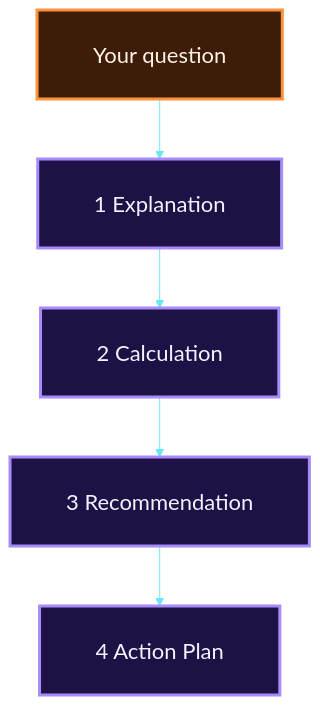
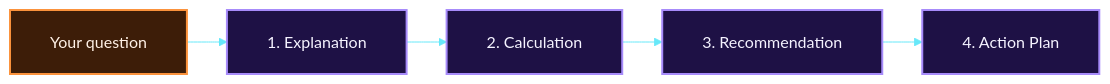
Before and after one commit to Mansi232323/MANSHORA: the tenth of 13 diagrams in README.md, drawn with Mermaid. The commit also changed other lines of this file, not shown here.

````diff
--- a/README.md
+++ b/README.md
@@ -375,9 +362,9 @@
 ```mermaid
-%%{init: {'theme':'base','themeVariables':{'fontSize':'22px','fontFamily':'Arial, Helvetica, sans-serif','lineColor':'#67e8f9','clusterBkg':'#0f0f2b','clusterBorder':'#a78bfa','titleColor':'#e9d5ff','edgeLabelBackground':'#0f0f2b'},'flowchart':{'nodeSpacing':45,'rankSpacing':60,'padding':28,'htmlLabels':false,'useMaxWidth':true}}}%%
-flowchart TB
-    Q["Your question"] --> E["1 Explanation"] --> C["2 Calculation"] --> R["3 Recommendation"] --> A["4 Action Plan"]
-    classDef a fill:#1e1145,stroke:#a78bfa,stroke-width:3px,color:#f5f3ff
-    classDef q fill:#3d1d08,stroke:#fb923c,stroke-width:3px,color:#fff1e6
+%%{init: {'theme':'base','themeVariables':{'fontSize':'16px','fontFamily':'Arial, Helvetica, sans-serif','lineColor':'#67e8f9'},'flowchart':{'htmlLabels':true,'nodeSpacing':30,'rankSpacing':40,'padding':20,'wrappingWidth':260}}}%%
+flowchart LR
+    Q["Your question"] --> E["1. Explanation"] --> C["2. Calculation"] --> R["3. Recommendation"] --> A["4. Action Plan"]
+    classDef a fill:#1e1145,stroke:#a78bfa,stroke-width:2px,color:#f5f3ff
+    classDef q fill:#3d1d08,stroke:#fb923c,stroke-width:2px,color:#fff1e6
     class E,C,R,A a
     class Q q
 ```
````
